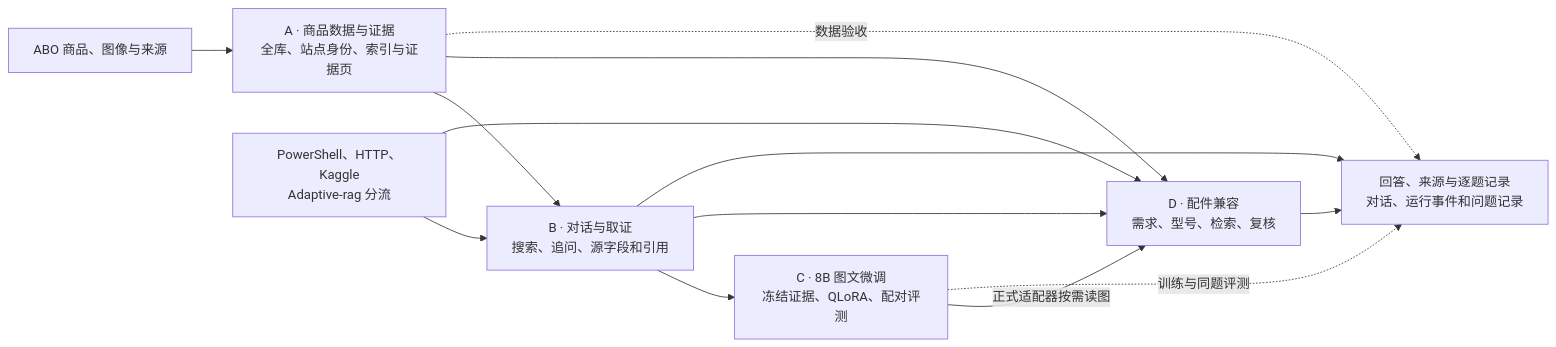
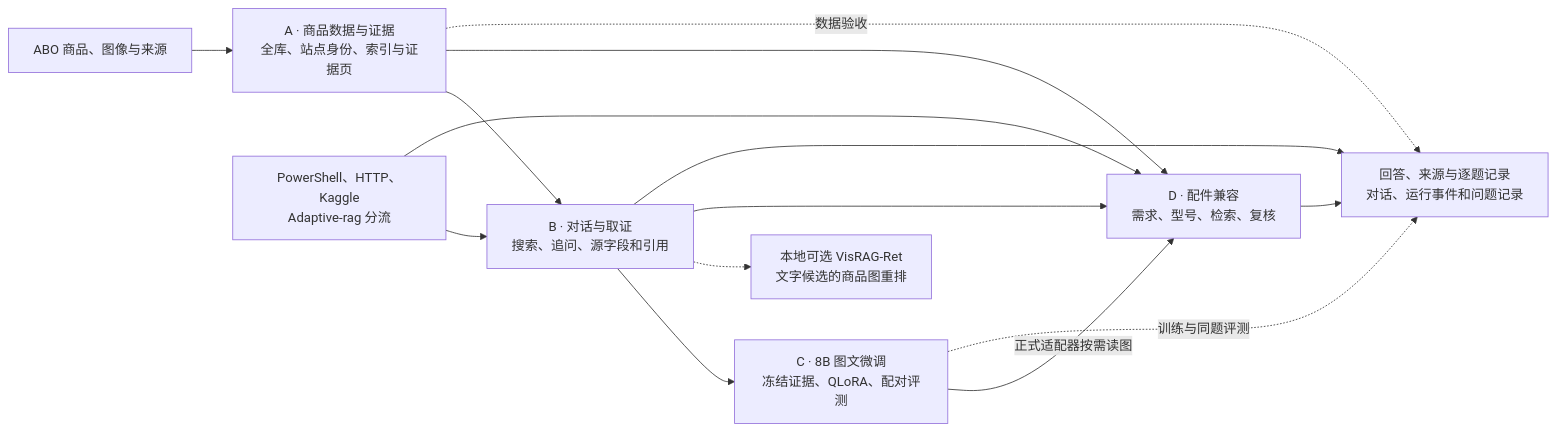
Before and after one commit to AaronYue77/ABO-Adaptive-RAG: the diagram in README.md, drawn with Mermaid. The commit also changed other lines of this file and 19 other files, not shown here.

````diff
--- a/README.md
+++ b/README.md
@@ -14,15 +14,16 @@
 ```mermaid
 flowchart LR
     data["ABO 商品、图像与来源"] --> a["A · 商品数据与证据<br/>全库、站点身份、索引与证据页"]
     a --> b["B · 对话与取证<br/>搜索、追问、源字段和引用"]
     b --> c["C · 8B 图文微调<br/>冻结证据、QLoRA、配对评测"]
+    b -.-> vision["本地可选 VisRAG-Ret<br/>文字候选的商品图重排"]
     a --> d["D · 配件兼容<br/>需求、型号、检索、复核"]
     b --> d
     c -->|正式适配器按需读图| d
     entry["PowerShell、HTTP、Kaggle<br/>Adaptive-rag 分流"] --> b
     entry --> d
     b --> logbook["回答、来源与逐题记录<br/>对话、运行事件和问题记录"]
     d --> logbook
     a -.->|数据验收| logbook
     c -.->|训练与同题评测| logbook
 ```
````
